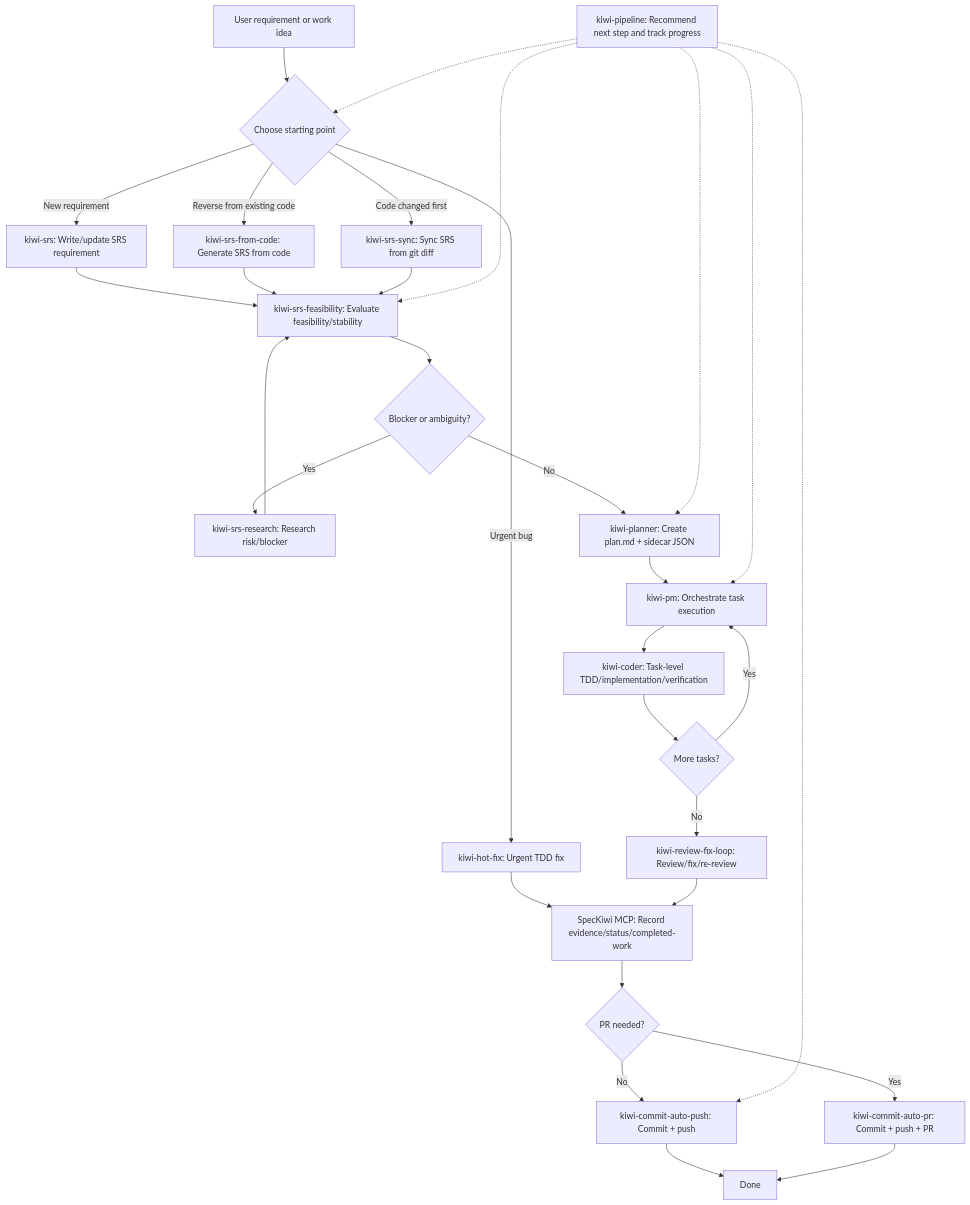
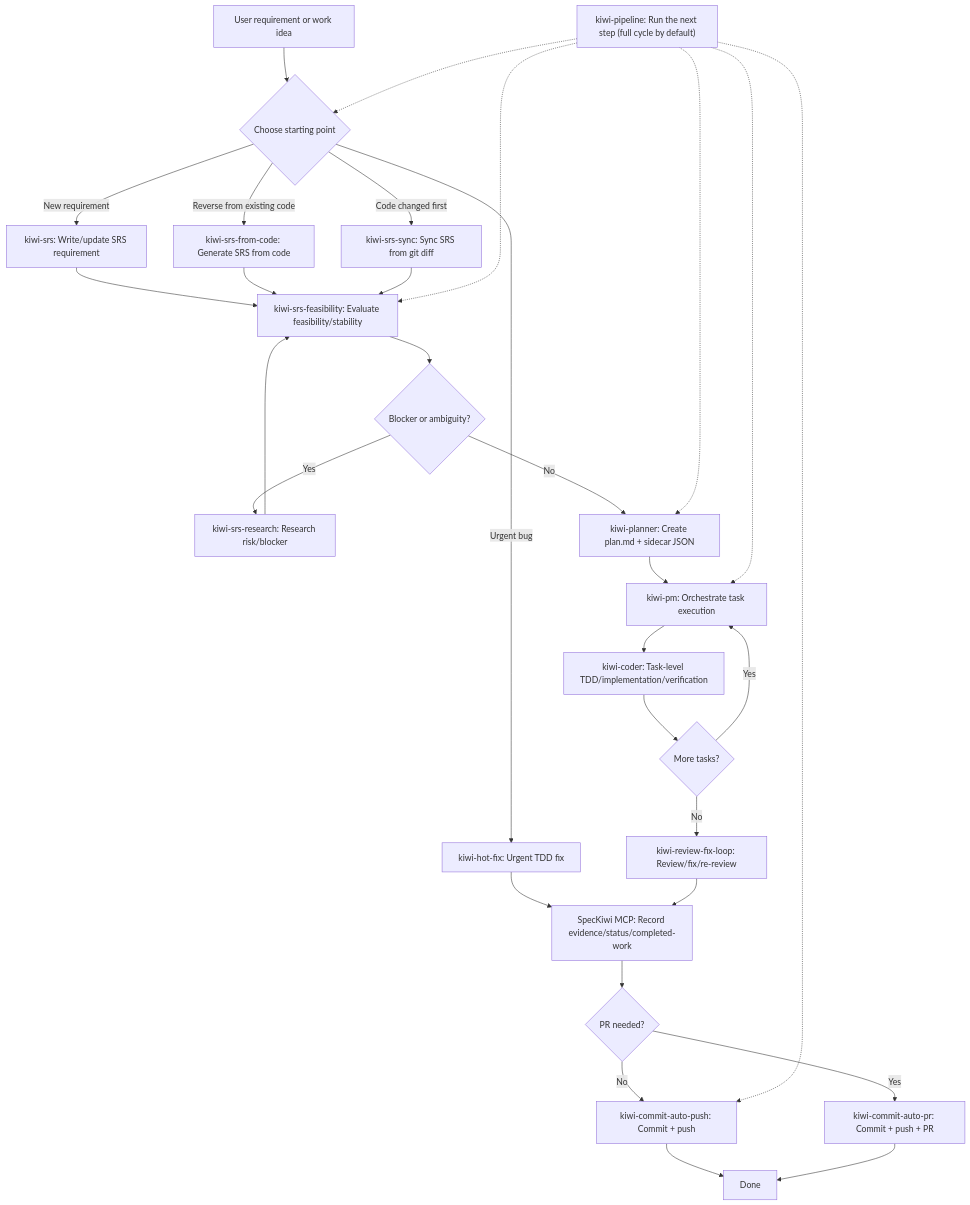
One commit to Snoworca/speckiwi changed the first of 4 diagrams in README.md. Above: the diagram before and after it, drawn with Mermaid. The commit also changed other lines of this file and 47 other files, not shown here.

First line of the commit message:
feat(mcp,flow): 워크트리 루트를 열고 문서 검증을 기계로 옮긴다

````diff
--- a/README.md
+++ b/README.md
@@ -280,36 +317,36 @@
 ```mermaid
 flowchart TD
     A["User requirement or work idea"] --> B{"Choose starting point"}
     B -->|New requirement| C["kiwi-srs: Write/update SRS requirement"]
     B -->|Reverse from existing code| D["kiwi-srs-from-code: Generate SRS from code"]
     B -->|Code changed first| E["kiwi-srs-sync: Sync SRS from git diff"]
     B -->|Urgent bug| Q["kiwi-hot-fix: Urgent TDD fix"]
 
     C --> F["kiwi-srs-feasibility: Evaluate feasibility/stability"]
     D --> F
     E --> F
     Q --> M
 
     F --> G{"Blocker or ambiguity?"}
     G -->|Yes| H["kiwi-srs-research: Research risk/blocker"]
     H --> F
     G -->|No| I["kiwi-planner: Create plan.md + sidecar JSON"]
 
     I --> J["kiwi-pm: Orchestrate task execution"]
     J --> K["kiwi-coder: Task-level TDD/implementation/verification"]
     K --> L{"More tasks?"}
     L -->|Yes| J
     L -->|No| R["kiwi-review-fix-loop: Review/fix/re-review"]
     R --> M["SpecKiwi MCP: Record evidence/status/completed-work"]
     M --> S{"PR needed?"}
     S -->|No| N["kiwi-commit-auto-push: Commit + push"]
     S -->|Yes| T["kiwi-commit-auto-pr: Commit + push + PR"]
     N --> O["Done"]
     T --> O
 
-    P["kiwi-pipeline: Recommend next step and track progress"] -.-> B
+    P["kiwi-pipeline: Run the next step (full cycle by default)"] -.-> B
     P -.-> F
     P -.-> I
     P -.-> J
     P -.-> N
 ```
````
